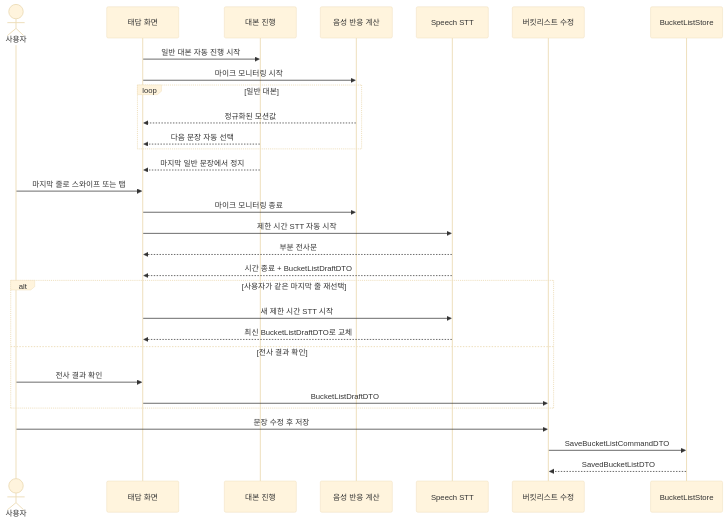
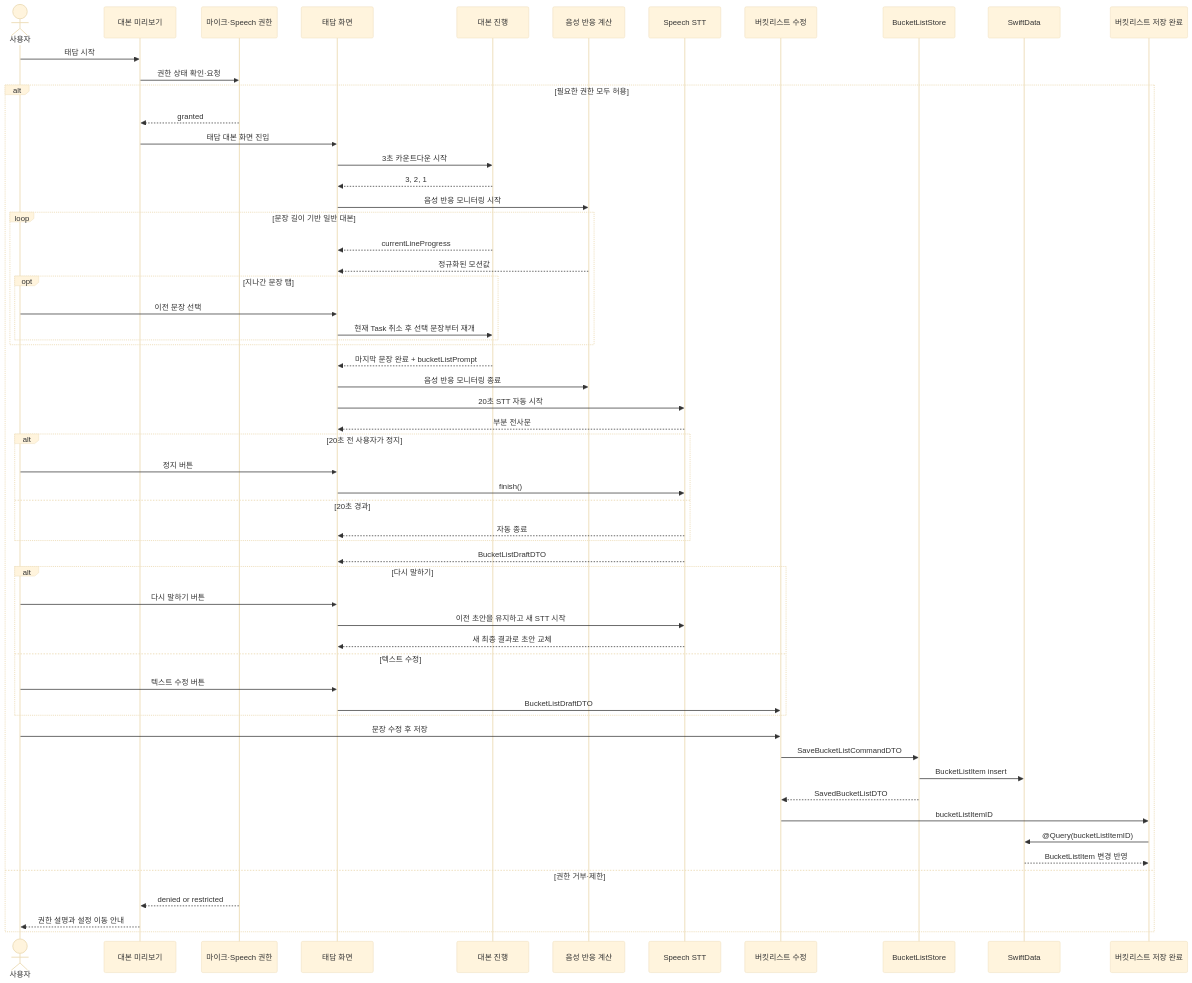
The third of 3 diagrams in docs/design/taedam-data-contracts.md (DeveloperAcademy-POSTECH/2026-C4-M15-siboya), drawn with Mermaid (base theme) before and after one commit. The commit also changed other lines of this file, not shown here.

````diff
--- a/docs/design/taedam-data-contracts.md
+++ b/docs/design/taedam-data-contracts.md
@@ -461,35 +464,63 @@
 ```mermaid
 sequenceDiagram
     actor User as 사용자
+    participant Preview as 대본 미리보기
+    participant Permission as 마이크·Speech 권한
     participant Screen as 태담 화면
     participant Progress as 대본 진행
     participant Motion as 음성 반응 계산
     participant Speech as Speech STT
     participant Edit as 버킷리스트 수정
     participant Store as BucketListStore
+    participant Data as SwiftData
+    participant Complete as 버킷리스트 저장 완료
 
-    Screen->>Progress: 일반 대본 자동 진행 시작
-    Screen->>Motion: 마이크 모니터링 시작
+    User->>Preview: 태담 시작
+    Preview->>Permission: 권한 상태 확인·요청
+    alt 필요한 권한 모두 허용
+        Permission-->>Preview: granted
+        Preview->>Screen: 태담 대본 화면 진입
+        Screen->>Progress: 3초 카운트다운 시작
+        Progress-->>Screen: 3, 2, 1
+        Screen->>Motion: 음성 반응 모니터링 시작
 
-    loop 일반 대본
-        Motion-->>Screen: 정규화된 모션값
-        Progress-->>Screen: 다음 문장 자동 선택
+        loop 문장 길이 기반 일반 대본
+            Progress-->>Screen: currentLineProgress
+            Motion-->>Screen: 정규화된 모션값
+            opt 지나간 문장 탭
+                User->>Screen: 이전 문장 선택
+                Screen->>Progress: 현재 Task 취소 후 선택 문장부터 재개
+            end
+        end
+
+        Progress-->>Screen: 마지막 문장 완료 + bucketListPrompt
+        Screen->>Motion: 음성 반응 모니터링 종료
+        Screen->>Speech: 20초 STT 자동 시작
+        Speech-->>Screen: 부분 전사문
+        alt 20초 전 사용자가 정지
+            User->>Screen: 정지 버튼
+            Screen->>Speech: finish()
+        else 20초 경과
+            Speech-->>Screen: 자동 종료
+        end
+        Speech-->>Screen: BucketListDraftDTO
+        alt 다시 말하기
+            User->>Screen: 다시 말하기 버튼
+            Screen->>Speech: 이전 초안을 유지하고 새 STT 시작
+            Speech-->>Screen: 새 최종 결과로 초안 교체
+        else 텍스트 수정
+            User->>Screen: 텍스트 수정 버튼
+            Screen->>Edit: BucketListDraftDTO
+        end
+        User->>Edit: 문장 수정 후 저장
+        Edit->>Store: SaveBucketListCommandDTO
+        Store->>Data: BucketListItem insert
+        Store-->>Edit: SavedBucketListDTO
+        Edit->>Complete: bucketListItemID
+        Complete->>Data: @Query(bucketListItemID)
+        Data-->>Complete: BucketListItem 변경 반영
+    else 권한 거부·제한
+        Permission-->>Preview: denied or restricted
+        Preview-->>User: 권한 설명과 설정 이동 안내
     end
-
-    Progress-->>Screen: 마지막 일반 문장에서 정지
-    User->>Screen: 마지막 줄로 스와이프 또는 탭
-    Screen->>Motion: 마이크 모니터링 종료
-    Screen->>Speech: 제한 시간 STT 자동 시작
-    Speech-->>Screen: 부분 전사문
-    Speech-->>Screen: 시간 종료 + BucketListDraftDTO
-    alt 사용자가 같은 마지막 줄 재선택
-        Screen->>Speech: 새 제한 시간 STT 시작
-        Speech-->>Screen: 최신 BucketListDraftDTO로 교체
-    else 전사 결과 확인
-        User->>Screen: 전사 결과 확인
-        Screen->>Edit: BucketListDraftDTO
-    end
-    User->>Edit: 문장 수정 후 저장
-    Edit->>Store: SaveBucketListCommandDTO
-    Store-->>Edit: SavedBucketListDTO
 ```
````
